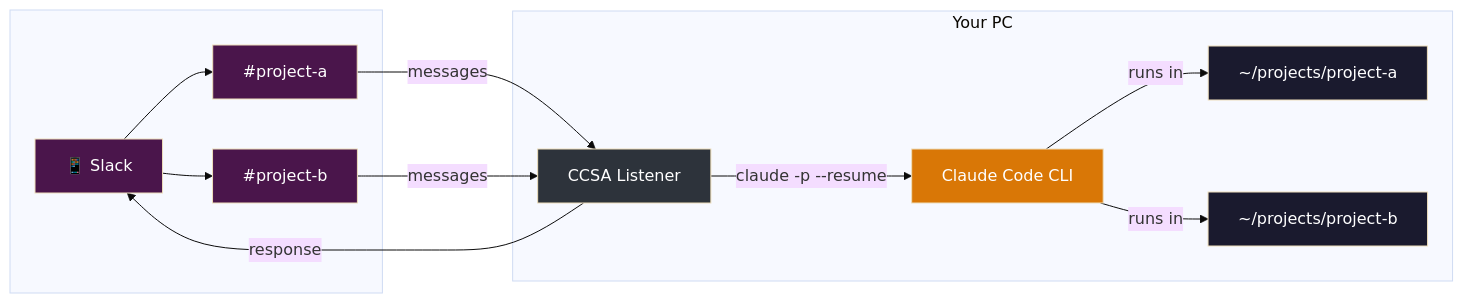
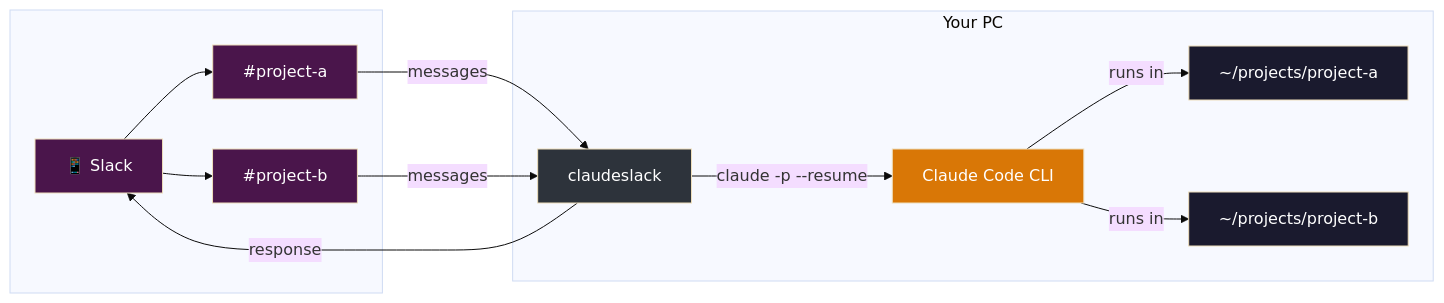
Before and after one commit to sderosiaux/claudeslack: the diagram in README.md, drawn with Mermaid (base theme). The commit also changed other lines of this file and 14 other files, not shown here.

````diff
--- a/README.md
+++ b/README.md
@@ -7,29 +7,29 @@
 ```mermaid
 flowchart LR
     subgraph phone[" "]
         A[📱 Slack]
         C1[#project-a]
         C2[#project-b]
     end
 
     subgraph pc["Your PC"]
-        B[CCSA Listener]
+        B[claudeslack]
         D[Claude Code CLI]
         P1[~/projects/project-a]
         P2[~/projects/project-b]
     end
 
     A --> C1 & C2
     C1 & C2 -->|messages| B
     B -->|"claude -p --resume"| D
     D -->|runs in| P1 & P2
     B -->|"response"| A
 
     style A fill:#4A154B,color:#fff
     style B fill:#2D333B,color:#fff
     style D fill:#D97706,color:#fff
     style C1 fill:#4A154B,color:#fff
     style C2 fill:#4A154B,color:#fff
     style P1 fill:#1a1a2e,color:#fff
     style P2 fill:#1a1a2e,color:#fff
 ```
````
